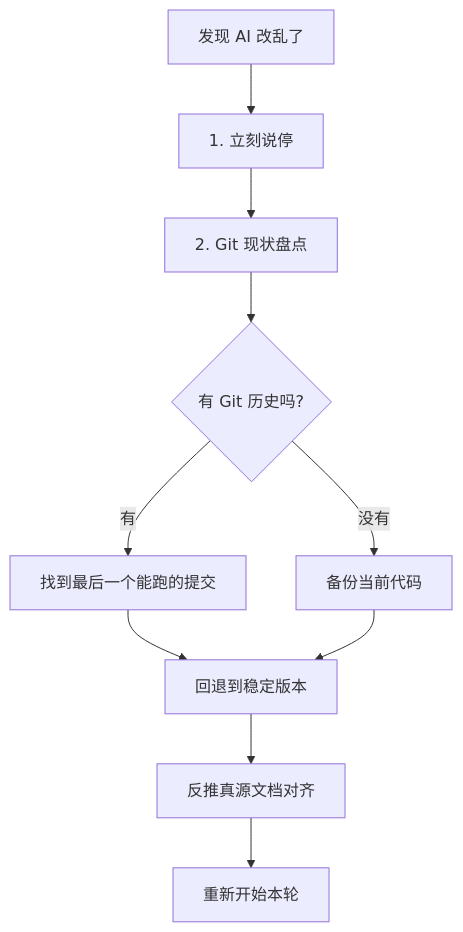
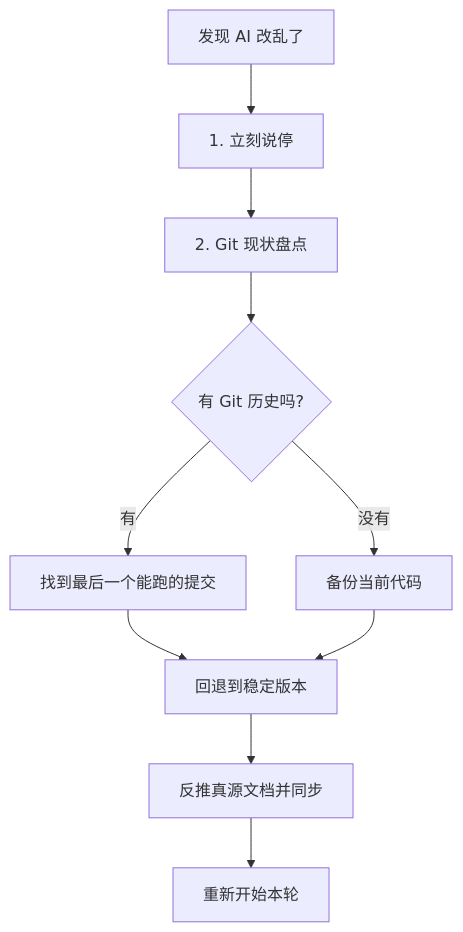
The second of 2 diagrams in docs/AI协作全流程操作手册.md (GassamFlower/vibe_coding_KnowledgeBase-), drawn with Mermaid before and after one commit. The commit also changed other lines of this file and 74 other files, not shown here.

````diff
--- a/docs/AI协作全流程操作手册.md
+++ b/docs/AI协作全流程操作手册.md
@@ -1913,12 +2224,12 @@
 ```mermaid
 flowchart TD
     A[发现 AI 改乱了] --> B[1. 立刻说停]
     B --> C[2. Git 现状盘点]
     C --> D{有 Git 历史吗?}
     D -->|有| E[找到最后一个能跑的提交]
     D -->|没有| F[备份当前代码]
     E --> G[回退到稳定版本]
     F --> G
-    G --> H[反推真源文档对齐]
+    G --> H[反推真源文档并同步]
     H --> I[重新开始本轮]
 ```
````
